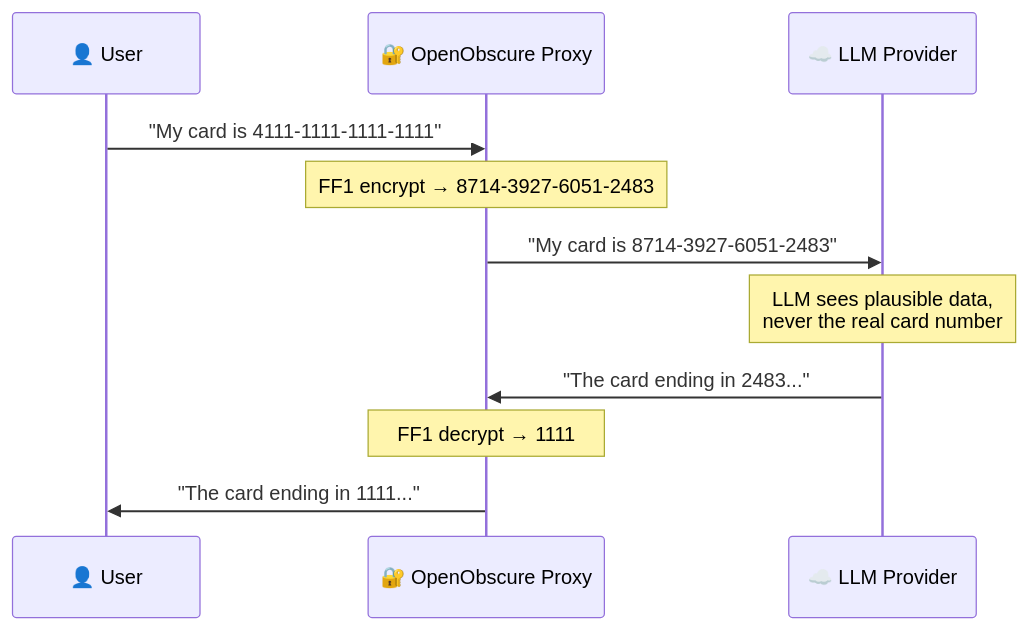
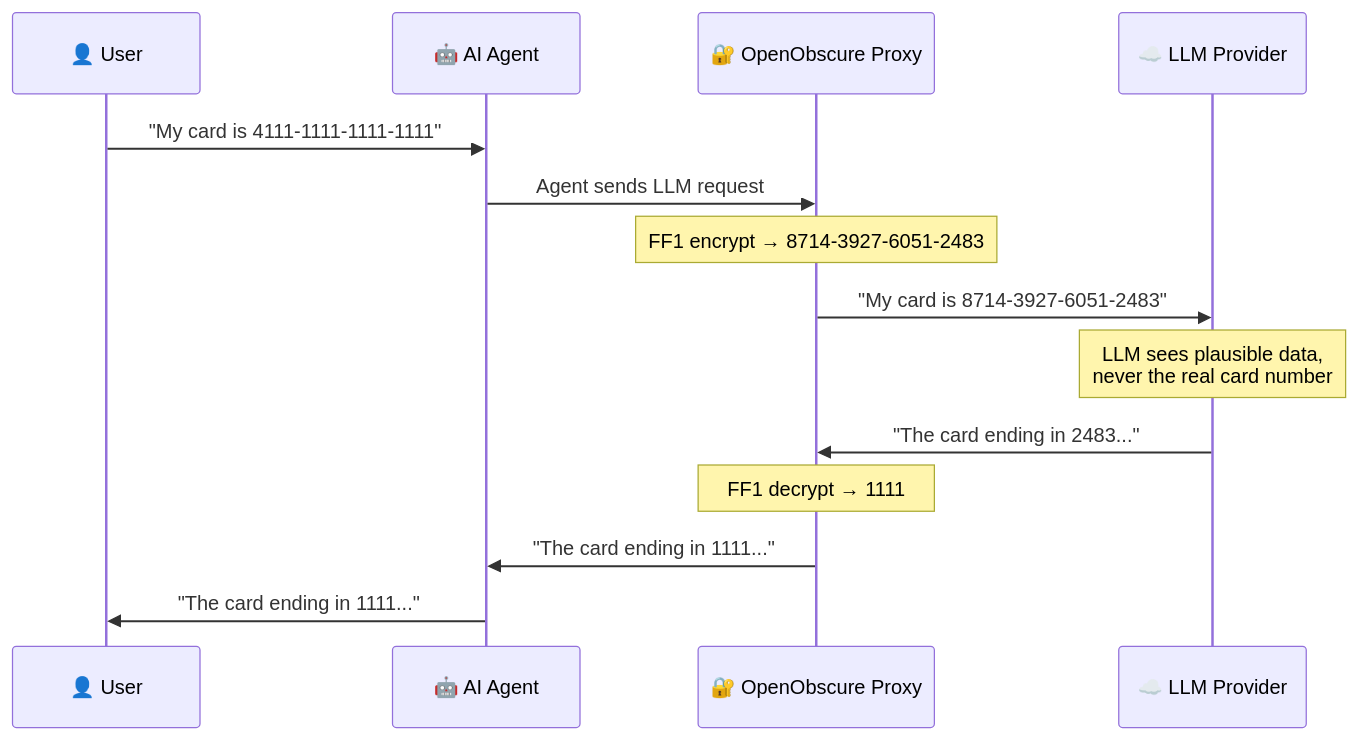
Before and after one commit to OpenObscure/OpenObscure: the second of 3 diagrams in README.md, drawn with Mermaid. The commit also changed other lines of this file and 2 other files, not shown here.

Commit message:
Add AI Agent to How It Works diagrams, create Phase 6-7 plans
- Fix both sequence diagrams in README to show full flow:
  User → AI Agent → OpenObscure Proxy → LLM Provider
- Add retroactive PHASE6_PLAN.md (ensemble recall + detection verification)
- Add PHASE7_PLAN.md (cross-platform: Windows, Linux ARM, iOS, Android)

````diff
--- a/README.md
+++ b/README.md
@@ -188,14 +188,17 @@
 ```mermaid
 sequenceDiagram
     participant U as 👤 User
+    participant A as 🤖 AI Agent
     participant P as 🔐 OpenObscure Proxy
     participant L as ☁️ LLM Provider
 
-    U->>P: "My card is 4111-1111-1111-1111"
+    U->>A: "My card is 4111-1111-1111-1111"
+    A->>P: Agent sends LLM request
     Note over P: FF1 encrypt → 8714-3927-6051-2483
     P->>L: "My card is 8714-3927-6051-2483"
     Note over L: LLM sees plausible data,<br/>never the real card number
     L->>P: "The card ending in 2483..."
     Note over P: FF1 decrypt → 1111
-    P->>U: "The card ending in 1111..."
+    P->>A: "The card ending in 1111..."
+    A->>U: "The card ending in 1111..."
 ```
````
